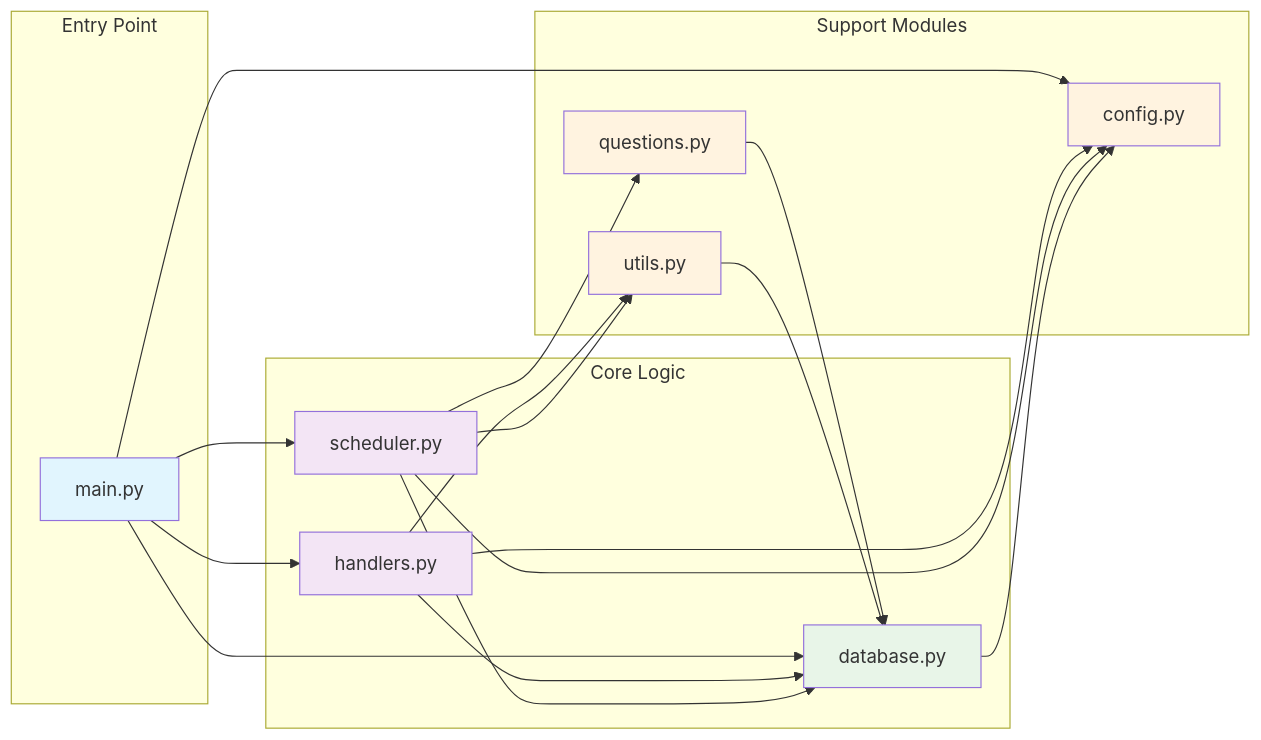
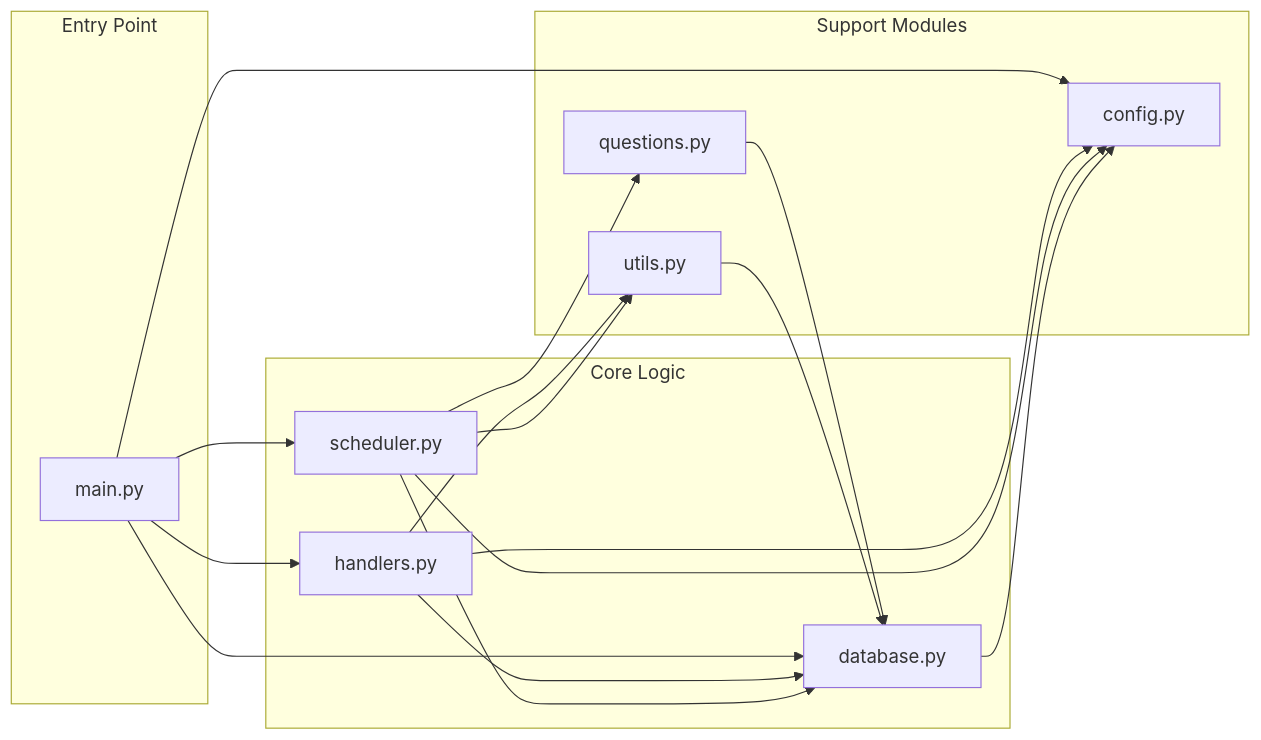
One commit to SaadMakki/Telegram-reminder-bot changed the second of 7 diagrams in docs/Architecture and File Communication Guide.md. Above: the diagram before and after it, drawn with Mermaid.

Commit message:
removing colour

````diff
--- a/docs/Architecture and File Communication Guide.md
+++ b/docs/Architecture and File Communication Guide.md
@@ -83,44 +83,38 @@
 ```mermaid
 graph LR
     subgraph "Entry Point"
         MP[main.py]
     end
     
     subgraph "Core Logic"
         H[handlers.py]
         S[scheduler.py]
         D[database.py]
     end
     
     subgraph "Support Modules"
         C[config.py]
         Q[questions.py]
         U[utils.py]
     end
     
     MP --> H
     MP --> S
     MP --> D
     MP --> C
     
     H --> D
     H --> U
     H --> C
     
     S --> D
     S --> Q
     S --> U
     S --> C
     
     Q --> D
     U --> D
     D --> C
     
-    style MP fill:#e1f5fe
-    style H fill:#f3e5f5
-    style S fill:#f3e5f5
-    style D fill:#e8f5e8
-    style C fill:#fff3e0
-    style Q fill:#fff3e0
-    style U fill:#fff3e0
+    
 ```
````
